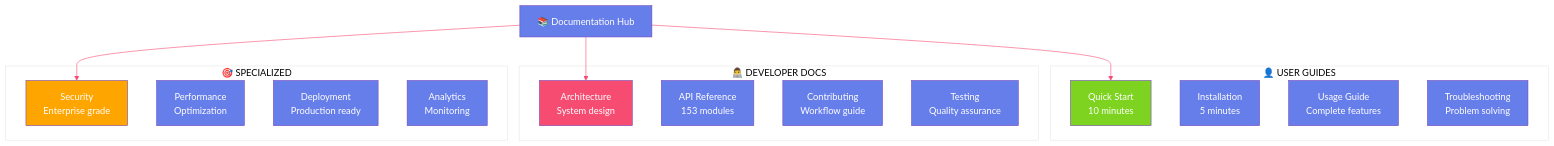
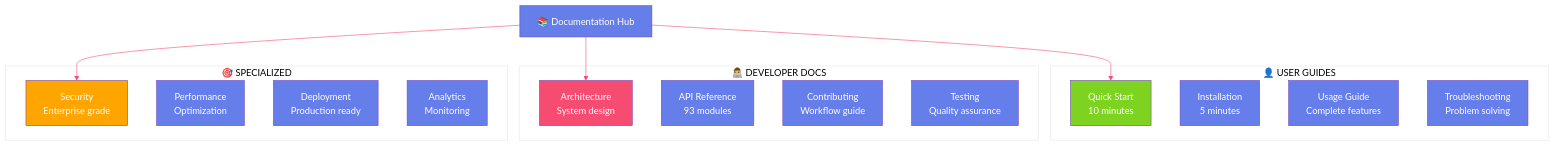
Before and after one commit to arkalia-luna-system/ia-pipeline: the first of 7 diagrams in archive/cleaned_docs/README_9.md, drawn with Mermaid. The commit also changed other lines of this file and 11 other files, not shown here.

````diff
--- a/archive/cleaned_docs/README_9.md
+++ b/archive/cleaned_docs/README_9.md
@@ -22,33 +22,33 @@
 ```mermaid
 %%{init: {'theme':'base', 'themeVariables': { 'primaryColor': '#667eea', 'primaryTextColor': '#fff', 'primaryBorderColor': '#764abc', 'lineColor': '#f64c72', 'secondaryColor': '#7ed321', 'tertiaryColor': '#fff'}}}%%
 graph TB
     subgraph "👤 USER GUIDES"
         UG1[Quick Start<br/>10 minutes]
         UG2[Installation<br/>5 minutes]
         UG3[Usage Guide<br/>Complete features]
         UG4[Troubleshooting<br/>Problem solving]
     end
     
     subgraph "👨‍💻 DEVELOPER DOCS"
         DD1[Architecture<br/>System design]
-        DD2[API Reference<br/>153 modules]
+        DD2[API Reference<br/>93 modules]
         DD3[Contributing<br/>Workflow guide]
         DD4[Testing<br/>Quality assurance]
     end
     
     subgraph "🎯 SPECIALIZED"
         SP1[Security<br/>Enterprise grade]
         SP2[Performance<br/>Optimization]
         SP3[Deployment<br/>Production ready]
         SP4[Analytics<br/>Monitoring]
     end
     
     DOC[📚 Documentation Hub] --> UG1
     DOC --> DD1
     DOC --> SP1
     
     style DOC fill:#667eea
     style UG1 fill:#7ed321
     style DD1 fill:#f64c72
     style SP1 fill:#ffa500
 ```
````
